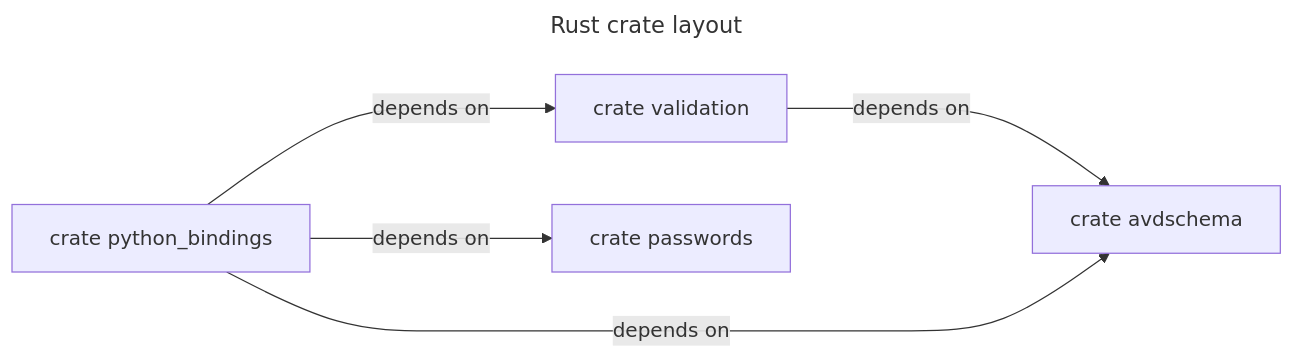
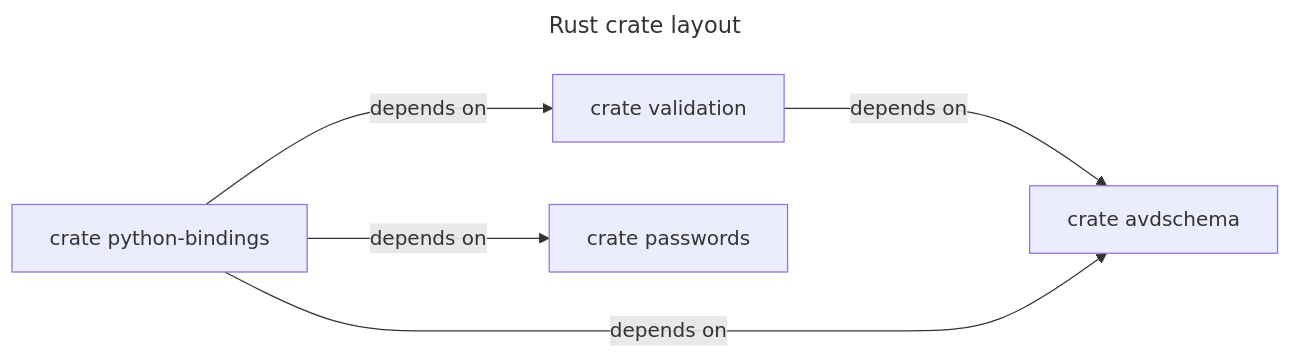
The diagram in rust/README.md (gmuloc/pyavd-utils), drawn with Mermaid before and after one commit. The commit also changed 16 other files, not shown here.

Commit message:
Rename Python bindings Rust crate

````diff
--- a/rust/README.md
+++ b/rust/README.md
@@ -7,14 +7,14 @@
 ```mermaid
 ---
 title: Rust crate layout
 ---
 graph LR
 validation["crate validation"]
 avdschema["crate avdschema"]
 validation --->|depends on| avdschema
 passwords["crate passwords"]
-python_bindings["crate python_bindings"]
+python_bindings["crate python-bindings"]
 python_bindings --->|depends on| avdschema
 python_bindings --->|depends on| validation
 python_bindings --->|depends on| passwords
 ```
````
